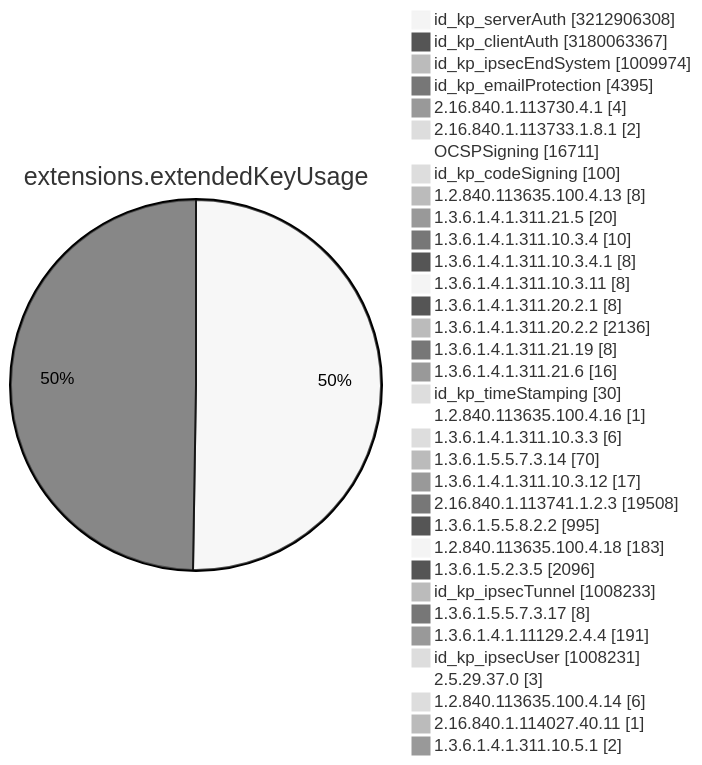
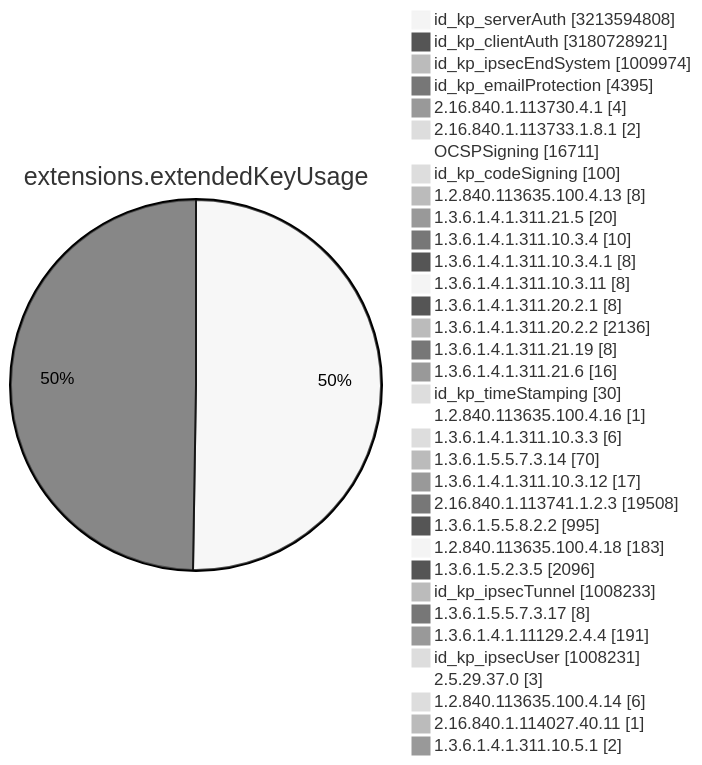
One commit to christiankrug/ctmonitor_visualization changed diagram 11 of 15 in TOTAL/README.md. Above: the diagram before and after it, drawn with Mermaid (neutral theme). The commit also changed other lines of this file, not shown here.

````diff
--- a/TOTAL/README.md
+++ b/TOTAL/README.md
@@ -4119,38 +4119,38 @@
 ```mermaid
 pie showData
 title extensions.extendedKeyUsage
-"id_kp_serverAuth" :3212906308
-"id_kp_clientAuth" :3180063367
+"id_kp_serverAuth" :3213594808
+"id_kp_clientAuth" :3180728921
 "id_kp_ipsecEndSystem" :1009974
 "id_kp_emailProtection" :4395
 "2.16.840.1.113730.4.1" :4
 "2.16.840.1.113733.1.8.1" :2
 "OCSPSigning" :16711
 "id_kp_codeSigning" :100
 "1.2.840.113635.100.4.13" :8
 "1.3.6.1.4.1.311.21.5" :20
 "1.3.6.1.4.1.311.10.3.4" :10
 "1.3.6.1.4.1.311.10.3.4.1" :8
 "1.3.6.1.4.1.311.10.3.11" :8
 "1.3.6.1.4.1.311.20.2.1" :8
 "1.3.6.1.4.1.311.20.2.2" :2136
 "1.3.6.1.4.1.311.21.19" :8
 "1.3.6.1.4.1.311.21.6" :16
 "id_kp_timeStamping" :30
 "1.2.840.113635.100.4.16" :1
 "1.3.6.1.4.1.311.10.3.3" :6
 "1.3.6.1.5.5.7.3.14" :70
 "1.3.6.1.4.1.311.10.3.12" :17
 "2.16.840.1.113741.1.2.3" :19508
 "1.3.6.1.5.5.8.2.2" :995
 "1.2.840.113635.100.4.18" :183
 "1.3.6.1.5.2.3.5" :2096
 "id_kp_ipsecTunnel" :1008233
 "1.3.6.1.5.5.7.3.17" :8
 "1.3.6.1.4.1.11129.2.4.4" :191
 "id_kp_ipsecUser" :1008231
 "2.5.29.37.0" :3
 "1.2.840.113635.100.4.14" :6
 "2.16.840.1.114027.40.11" :1
 "1.3.6.1.4.1.311.10.5.1" :2
 ```
````
